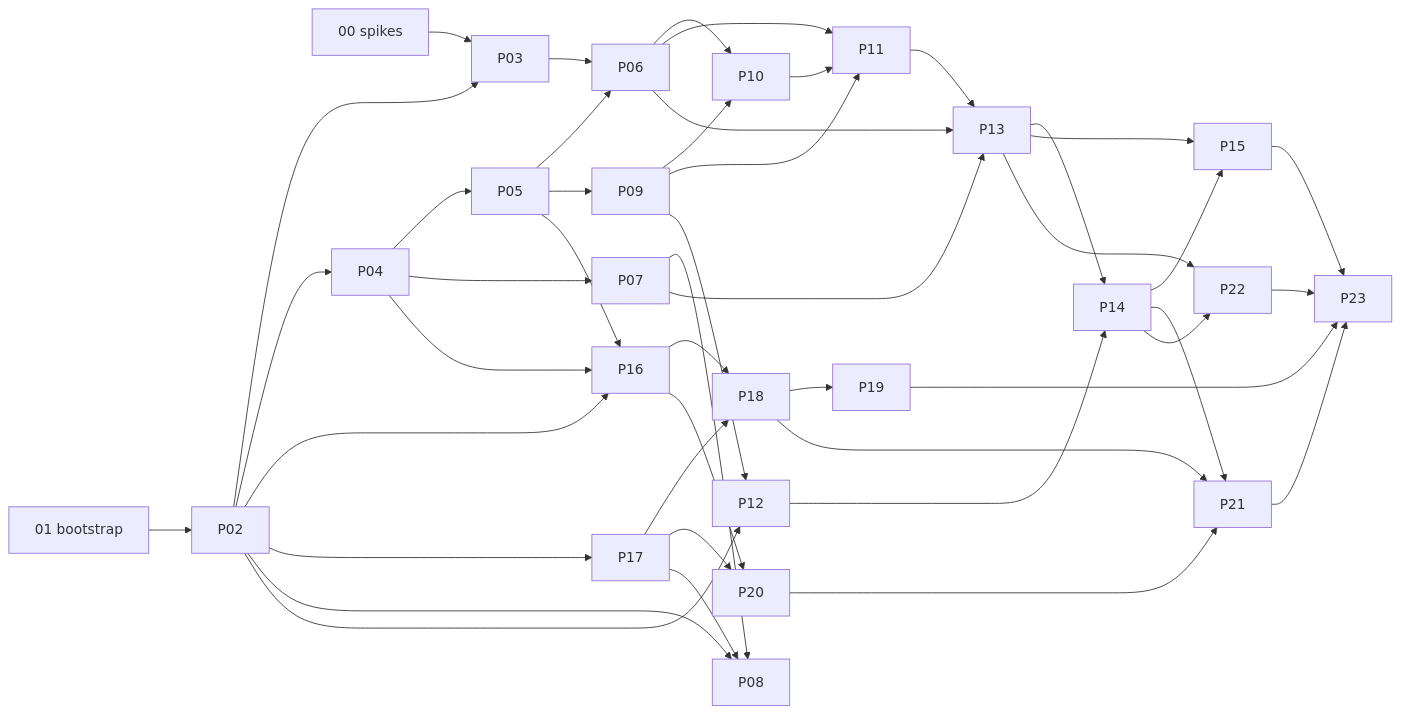
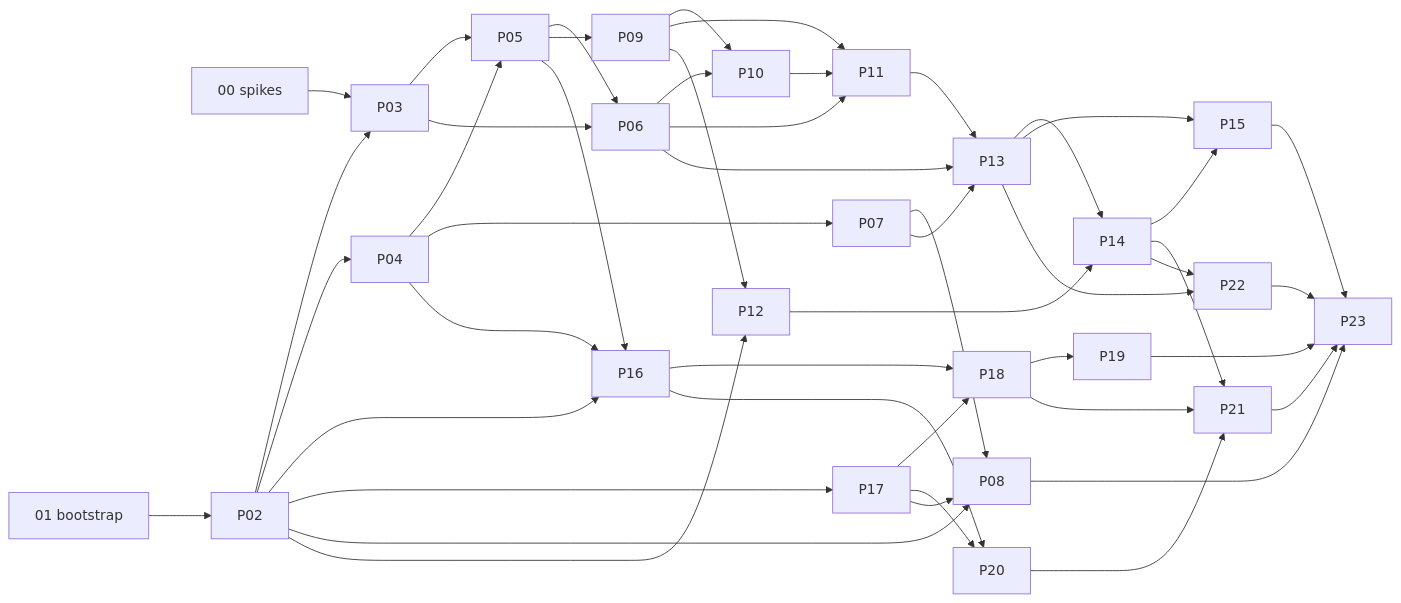
Before and after one commit to WitchyNibbles/crabgic: the diagram in roadmap/README.md, drawn with Mermaid. The commit also changed other lines of this file and 20 other files, not shown here.

First line of the commit message:
docs(roadmap): fix dependency graph, citations, and adaptation-doc alignment gaps

````diff
--- a/roadmap/README.md
+++ b/roadmap/README.md
@@ -44,23 +44,23 @@
 ```mermaid
 graph LR
   P00[00 spikes] --> P03
   P01[01 bootstrap] --> P02
   P02 --> P03 & P04 & P16 & P17 & P08 & P12
-  P03 --> P06
+  P03 --> P05 & P06
   P04 --> P05 & P07 & P16
   P05 --> P06 & P09 & P16
   P06 --> P10 & P11 & P13
   P07 --> P08 & P13
   P09 --> P10 & P11 & P12
   P10 --> P11
   P11 --> P13
   P12 --> P14
   P13 --> P14 & P15 & P22
   P14 --> P15 & P21 & P22
   P16 --> P18 & P20
   P17 --> P18 & P20 & P08
   P18 --> P19 & P21
   P20 --> P21
   P21 --> P23
-  P15 & P19 & P22 --> P23
+  P08 & P15 & P19 & P22 --> P23
 ```
````
